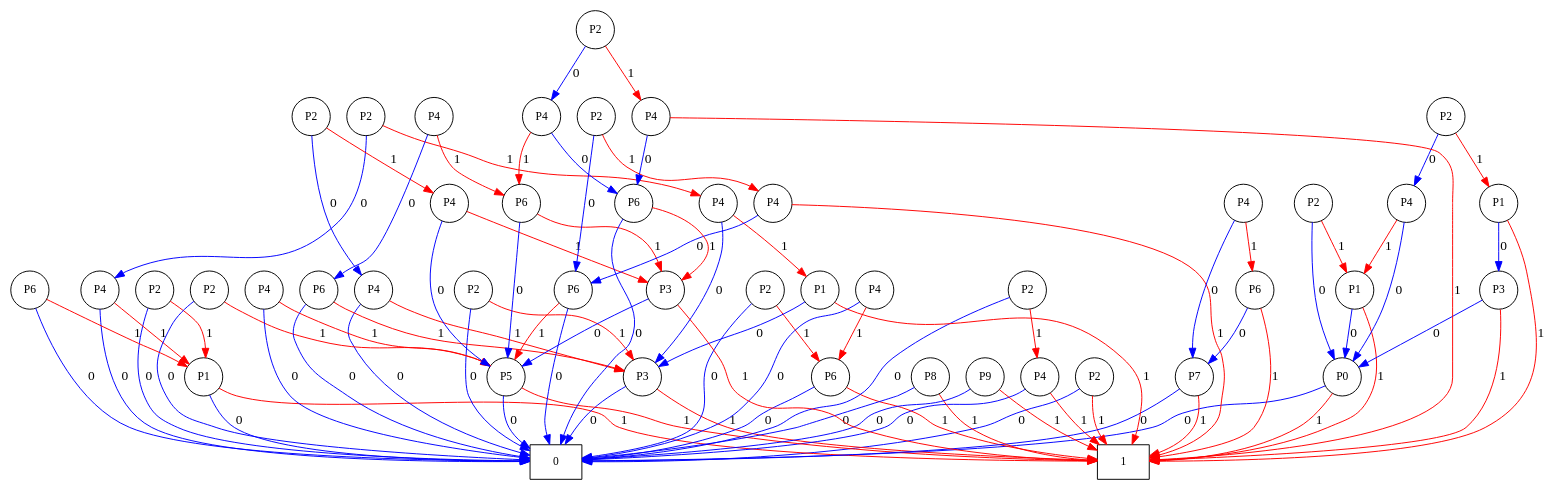
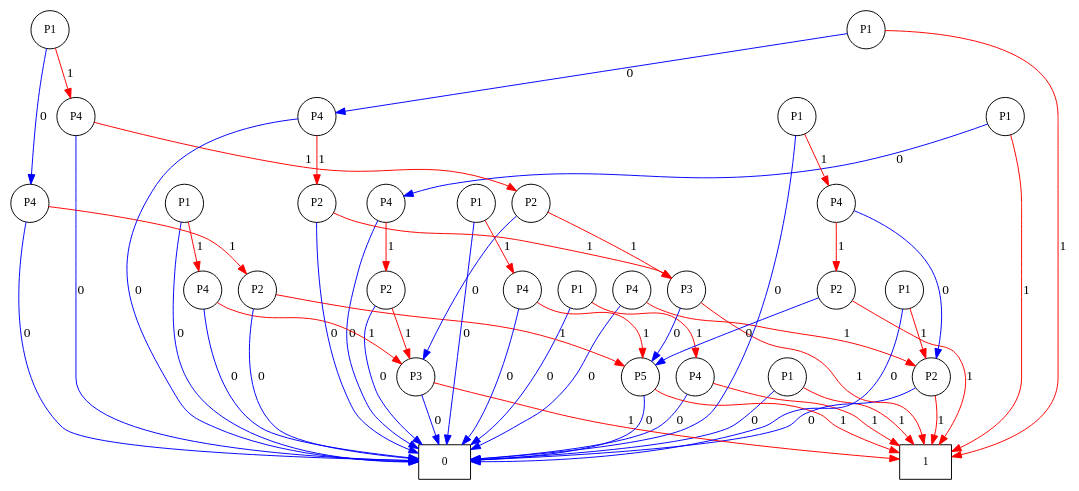
The diagram in visualization/bdd.dot (kimanh05/MHH-Petri-Nets), drawn with Graphviz before and after one commit. The commit also changed 36 other files, not shown here.

```diff
--- a/visualization/bdd.dot
+++ b/visualization/bdd.dot
@@ -1,138 +1,87 @@
 digraph BDD {
     rankdir=TB;
     node [shape=circle, fontsize=12];
     0 [label="0", shape=box];
     1 [label="1", shape=box];
-    2 [label="P0"];
-    3 [label="P2"];
-    4 [label="P1"];
-    5 [label="P2"];
+    2 [label="P1"];
+    3 [label="P4"];
+    4 [label="P2"];
+    5 [label="P4"];
     6 [label="P3"];
     7 [label="P2"];
     8 [label="P4"];
-    9 [label="P4"];
+    9 [label="P1"];
     10 [label="P4"];
-    11 [label="P5"];
-    12 [label="P2"];
-    13 [label="P6"];
-    14 [label="P6"];
+    11 [label="P1"];
+    12 [label="P5"];
+    13 [label="P2"];
+    14 [label="P4"];
     15 [label="P4"];
-    16 [label="P6"];
-    17 [label="P2"];
-    18 [label="P6"];
-    19 [label="P2"];
-    20 [label="P7"];
+    16 [label="P1"];
+    17 [label="P1"];
+    18 [label="P1"];
+    19 [label="P3"];
+    20 [label="P2"];
     21 [label="P4"];
-    22 [label="P8"];
-    23 [label="P9"];
-    24 [label="P1"];
-    25 [label="P2"];
-    26 [label="P1"];
+    22 [label="P1"];
+    23 [label="P2"];
+    24 [label="P4"];
+    25 [label="P1"];
+    26 [label="P2"];
     27 [label="P4"];
-    28 [label="P2"];
-    29 [label="P3"];
-    30 [label="P4"];
-    31 [label="P2"];
-    32 [label="P6"];
-    33 [label="P4"];
-    34 [label="P4"];
-    35 [label="P2"];
-    36 [label="P6"];
-    37 [label="P4"];
-    38 [label="P4"];
-    39 [label="P3"];
-    40 [label="P1"];
-    41 [label="P2"];
-    42 [label="P6"];
-    43 [label="P4"];
-    44 [label="P4"];
-    45 [label="P2"];
+    28 [label="P1"];
     2 -> 0 [label="0", color="blue"];
     2 -> 1 [label="1", color="red"];
     3 -> 0 [label="0", color="blue"];
     3 -> 1 [label="1", color="red"];
     4 -> 0 [label="0", color="blue"];
     4 -> 1 [label="1", color="red"];
     5 -> 0 [label="0", color="blue"];
     5 -> 4 [label="1", color="red"];
     6 -> 0 [label="0", color="blue"];
     6 -> 1 [label="1", color="red"];
     7 -> 0 [label="0", color="blue"];
     7 -> 6 [label="1", color="red"];
     8 -> 0 [label="0", color="blue"];
-    8 -> 1 [label="1", color="red"];
+    8 -> 7 [label="1", color="red"];
     9 -> 0 [label="0", color="blue"];
-    9 -> 4 [label="1", color="red"];
+    9 -> 3 [label="1", color="red"];
     10 -> 0 [label="0", color="blue"];
     10 -> 6 [label="1", color="red"];
     11 -> 0 [label="0", color="blue"];
-    11 -> 1 [label="1", color="red"];
+    11 -> 10 [label="1", color="red"];
     12 -> 0 [label="0", color="blue"];
-    12 -> 11 [label="1", color="red"];
+    12 -> 1 [label="1", color="red"];
     13 -> 0 [label="0", color="blue"];
-    13 -> 1 [label="1", color="red"];
+    13 -> 12 [label="1", color="red"];
     14 -> 0 [label="0", color="blue"];
-    14 -> 4 [label="1", color="red"];
+    14 -> 13 [label="1", color="red"];
     15 -> 0 [label="0", color="blue"];
-    15 -> 11 [label="1", color="red"];
+    15 -> 12 [label="1", color="red"];
     16 -> 0 [label="0", color="blue"];
-    16 -> 6 [label="1", color="red"];
+    16 -> 15 [label="1", color="red"];
     17 -> 0 [label="0", color="blue"];
-    17 -> 8 [label="1", color="red"];
-    18 -> 0 [label="0", color="blue"];
-    18 -> 11 [label="1", color="red"];
-    19 -> 0 [label="0", color="blue"];
-    19 -> 13 [label="1", color="red"];
-    20 -> 0 [label="0", color="blue"];
-    20 -> 1 [label="1", color="red"];
+    17 -> 4 [label="1", color="red"];
+    18 -> 8 [label="0", color="blue"];
+    18 -> 1 [label="1", color="red"];
+    19 -> 12 [label="0", color="blue"];
+    19 -> 1 [label="1", color="red"];
+    20 -> 6 [label="0", color="blue"];
+    20 -> 19 [label="1", color="red"];
     21 -> 0 [label="0", color="blue"];
-    21 -> 13 [label="1", color="red"];
-    22 -> 0 [label="0", color="blue"];
-    22 -> 1 [label="1", color="red"];
-    23 -> 0 [label="0", color="blue"];
+    21 -> 20 [label="1", color="red"];
+    22 -> 14 [label="0", color="blue"];
+    22 -> 21 [label="1", color="red"];
+    23 -> 12 [label="0", color="blue"];
     23 -> 1 [label="1", color="red"];
-    24 -> 2 [label="0", color="blue"];
-    24 -> 1 [label="1", color="red"];
-    25 -> 2 [label="0", color="blue"];
+    24 -> 4 [label="0", color="blue"];
+    24 -> 23 [label="1", color="red"];
+    25 -> 0 [label="0", color="blue"];
     25 -> 24 [label="1", color="red"];
-    26 -> 6 [label="0", color="blue"];
-    26 -> 1 [label="1", color="red"];
-    27 -> 6 [label="0", color="blue"];
+    26 -> 0 [label="0", color="blue"];
+    26 -> 19 [label="1", color="red"];
+    27 -> 0 [label="0", color="blue"];
     27 -> 26 [label="1", color="red"];
-    28 -> 9 [label="0", color="blue"];
-    28 -> 27 [label="1", color="red"];
-    29 -> 11 [label="0", color="blue"];
-    29 -> 1 [label="1", color="red"];
-    30 -> 11 [label="0", color="blue"];
-    30 -> 29 [label="1", color="red"];
-    31 -> 10 [label="0", color="blue"];
-    31 -> 30 [label="1", color="red"];
-    32 -> 11 [label="0", color="blue"];
-    32 -> 29 [label="1", color="red"];
-    33 -> 16 [label="0", color="blue"];
-    33 -> 32 [label="1", color="red"];
-    34 -> 18 [label="0", color="blue"];
-    34 -> 1 [label="1", color="red"];
-    35 -> 18 [label="0", color="blue"];
-    35 -> 34 [label="1", color="red"];
-    36 -> 20 [label="0", color="blue"];
-    36 -> 1 [label="1", color="red"];
-    37 -> 20 [label="0", color="blue"];
-    37 -> 36 [label="1", color="red"];
-    38 -> 2 [label="0", color="blue"];
-    38 -> 24 [label="1", color="red"];
-    39 -> 2 [label="0", color="blue"];
-    39 -> 1 [label="1", color="red"];
-    40 -> 39 [label="0", color="blue"];
-    40 -> 1 [label="1", color="red"];
-    41 -> 38 [label="0", color="blue"];
-    41 -> 40 [label="1", color="red"];
-    42 -> 0 [label="0", color="blue"];
-    42 -> 29 [label="1", color="red"];
-    43 -> 42 [label="0", color="blue"];
-    43 -> 32 [label="1", color="red"];
-    44 -> 42 [label="0", color="blue"];
-    44 -> 1 [label="1", color="red"];
-    45 -> 43 [label="0", color="blue"];
-    45 -> 44 [label="1", color="red"];
+    28 -> 27 [label="0", color="blue"];
+    28 -> 1 [label="1", color="red"];
 }
```
